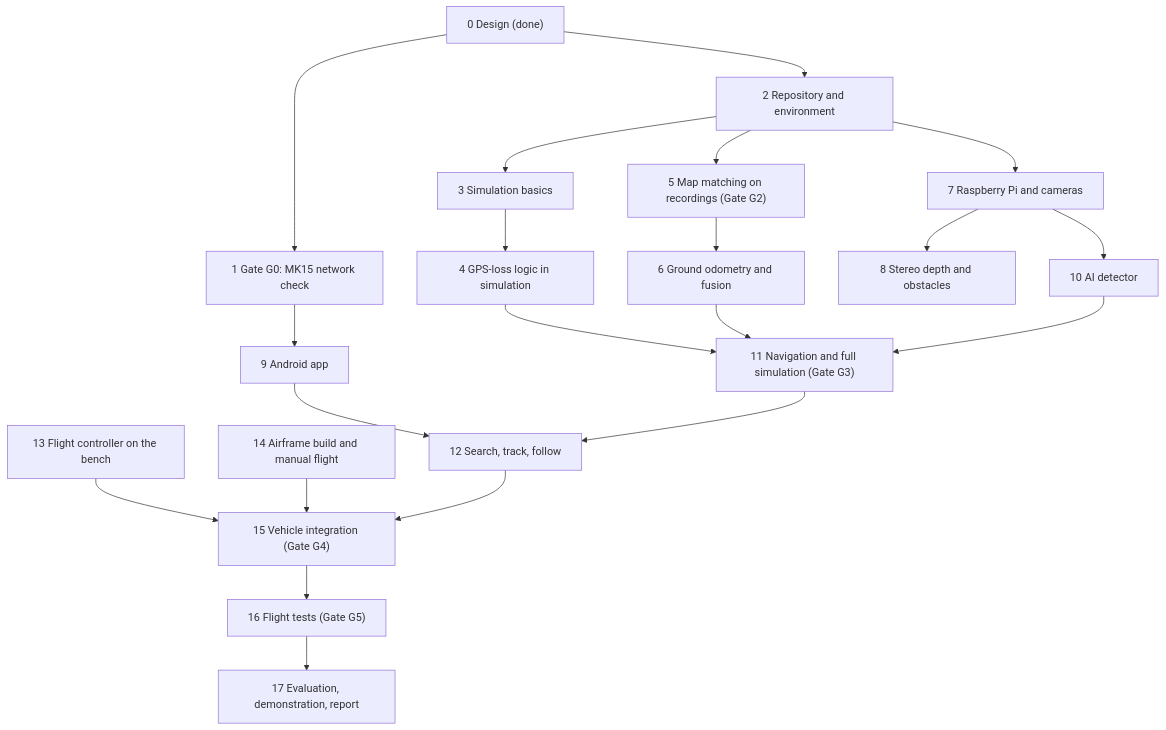
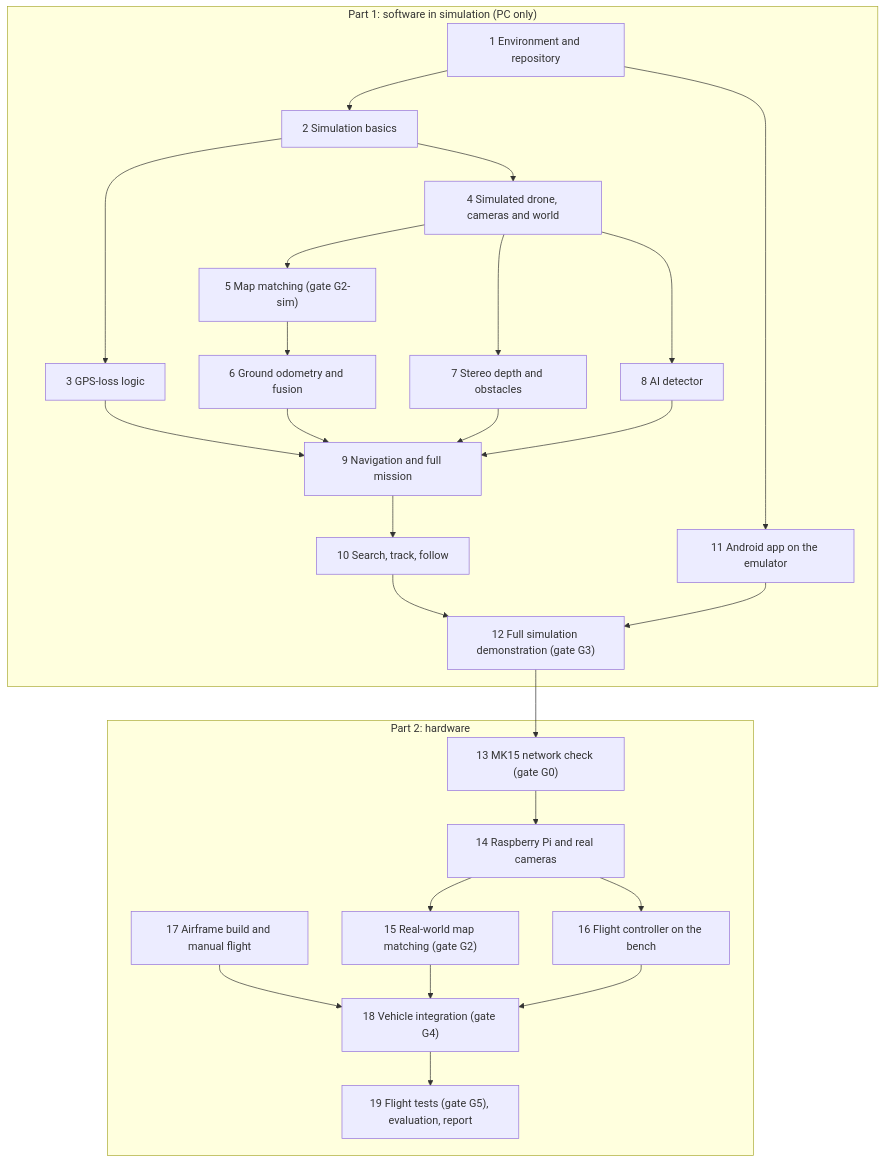
Before and after one commit to omkar-s8203/GPS-DEnite-and-AI-Detection: the diagram in documentation/16-development-roadmap/development-checklist.md, drawn with Mermaid. The commit also changed other lines of this file and 7 other files, not shown here.

First line of the commit message:
Update development checklist and roadmap for software-first approach

````diff
--- a/documentation/16-development-roadmap/development-checklist.md
+++ b/documentation/16-development-roadmap/development-checklist.md
@@ -21,23 +26,30 @@
 ```mermaid
 flowchart TD
-    S0["0 Design (done)"] --> S1["1 Gate G0: MK15 network check"]
-    S0 --> S2["2 Repository and environment"]
-    S2 --> S3["3 Simulation basics"]
-    S3 --> S4["4 GPS-loss logic in simulation"]
-    S2 --> S5["5 Map matching on recordings (Gate G2)"]
-    S5 --> S6["6 Ground odometry and fusion"]
-    S2 --> S7["7 Raspberry Pi and cameras"]
-    S7 --> S8["8 Stereo depth and obstacles"]
-    S1 --> S9["9 Android app"]
-    S7 --> S10["10 AI detector"]
-    S4 --> S11["11 Navigation and full simulation (Gate G3)"]
-    S6 --> S11
-    S10 --> S11
-    S9 --> S12["12 Search, track, follow"]
-    S11 --> S12
-    S13["13 Flight controller on the bench"] --> S15
-    S14["14 Airframe build and manual flight"] --> S15["15 Vehicle integration (Gate G4)"]
-    S12 --> S15
-    S15 --> S16["16 Flight tests (Gate G5)"]
-    S16 --> S17["17 Evaluation, demonstration, report"]
+    subgraph P1["Part 1: software in simulation (PC only)"]
+        S1["1 Environment and repository"] --> S2["2 Simulation basics"]
+        S2 --> S3["3 GPS-loss logic"]
+        S2 --> S4["4 Simulated drone, cameras and world"]
+        S4 --> S5["5 Map matching (gate G2-sim)"]
+        S5 --> S6["6 Ground odometry and fusion"]
+        S4 --> S7["7 Stereo depth and obstacles"]
+        S4 --> S8["8 AI detector"]
+        S3 --> S9["9 Navigation and full mission"]
+        S6 --> S9
+        S7 --> S9
+        S8 --> S9
+        S9 --> S10["10 Search, track, follow"]
+        S1 --> S11["11 Android app on the emulator"]
+        S10 --> S12["12 Full simulation demonstration (gate G3)"]
+        S11 --> S12
+    end
+    subgraph P2["Part 2: hardware"]
+        S13["13 MK15 network check (gate G0)"] --> S14["14 Raspberry Pi and real cameras"]
+        S14 --> S15["15 Real-world map matching (gate G2)"]
+        S14 --> S16["16 Flight controller on the bench"]
+        S17["17 Airframe build and manual flight"] --> S18
+        S15 --> S18["18 Vehicle integration (gate G4)"]
+        S16 --> S18
+        S18 --> S19["19 Flight tests (gate G5), evaluation, report"]
+    end
+    S12 --> S13
 ```
````
